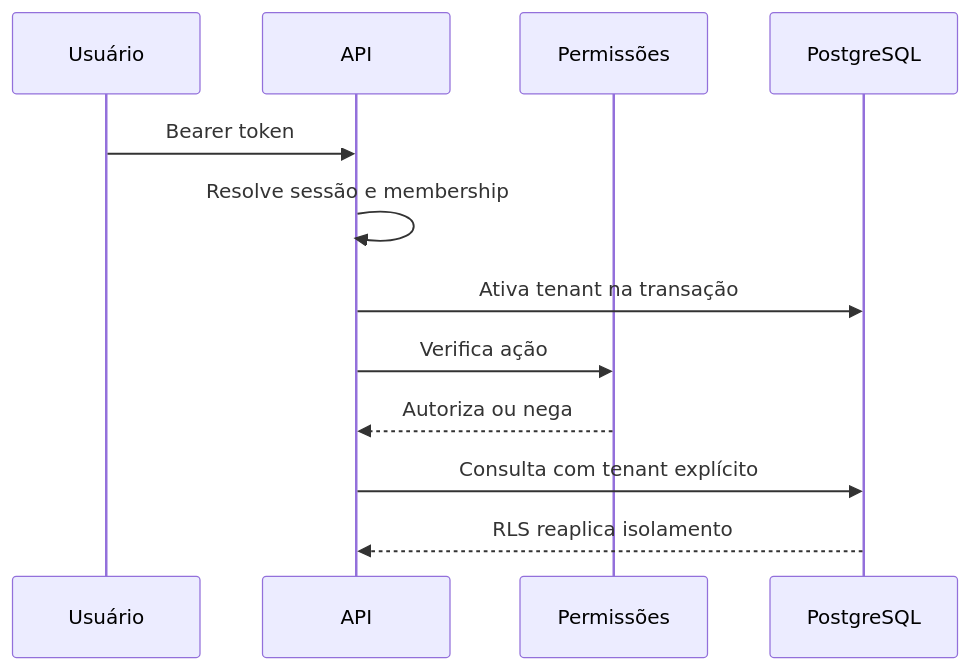
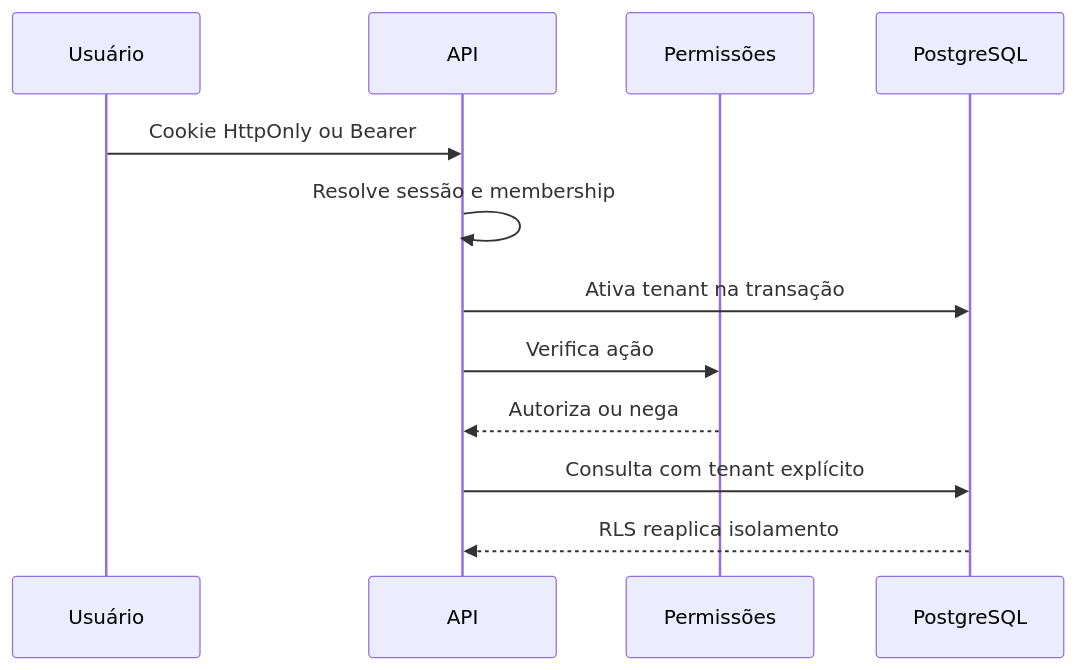
Before and after one commit to berger33/chs-recruta: the second of 2 diagrams in docs/ARCHITECTURE.md, drawn with Mermaid. The commit also changed other lines of this file and 27 other files, not shown here.

````diff
--- a/docs/ARCHITECTURE.md
+++ b/docs/ARCHITECTURE.md
@@ -41,14 +41,14 @@
 ```mermaid
 sequenceDiagram
     participant U as Usuário
     participant A as API
     participant P as Permissões
     participant D as PostgreSQL
-    U->>A: Bearer token
+    U->>A: Cookie HttpOnly ou Bearer
     A->>A: Resolve sessão e membership
     A->>D: Ativa tenant na transação
     A->>P: Verifica ação
     P-->>A: Autoriza ou nega
     A->>D: Consulta com tenant explícito
     D-->>A: RLS reaplica isolamento
 ```
````
